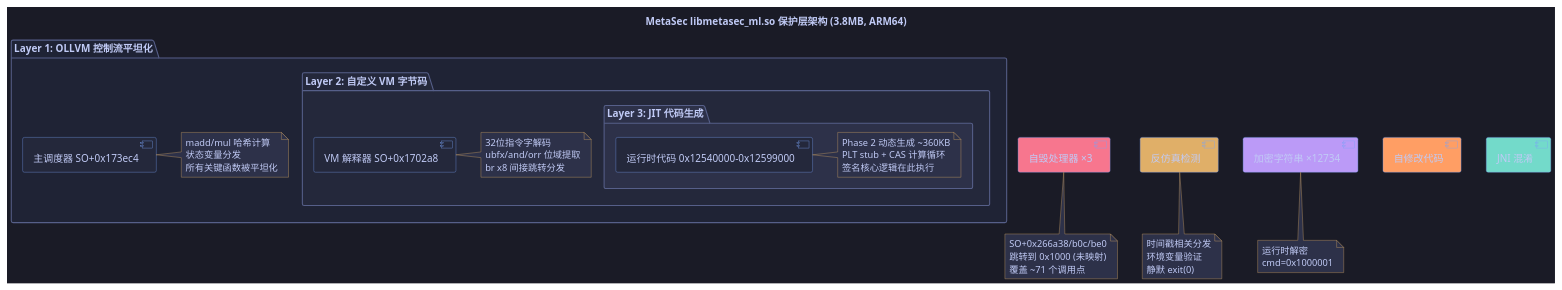
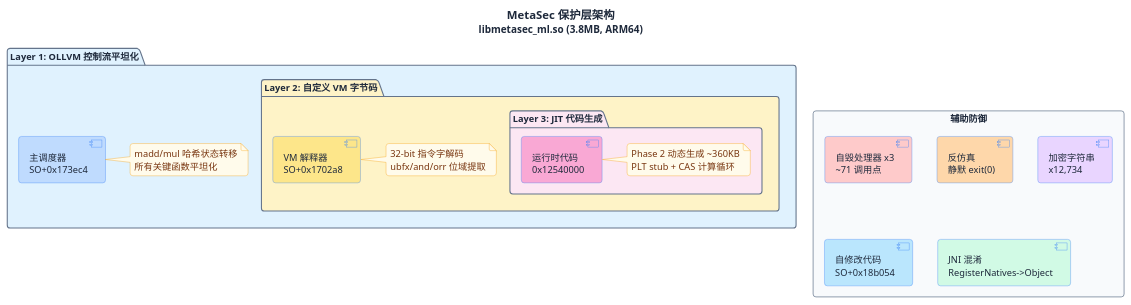
Before and after one commit to overkazaf/blogs: the diagram in static/images/sixgod/protection_layers.puml, drawn with PlantUML. The commit also changed 9 other files, not shown here.

First line of the commit message:
Redesign all PlantUML diagrams: white bg, high contrast, unified palette

```diff
--- a/static/images/sixgod/protection_layers.puml
+++ b/static/images/sixgod/protection_layers.puml
@@ -1,69 +1,53 @@
 @startuml
-skinparam backgroundColor #1a1b26
-skinparam defaultFontColor #c0caf5
-skinparam componentBackgroundColor #24283b
-skinparam componentBorderColor #7aa2f7
-skinparam packageBackgroundColor #1f2335
-skinparam packageBorderColor #565f89
-skinparam noteBorderColor #e0af68
-skinparam noteBackgroundColor #2d3149
-skinparam arrowColor #7aa2f7
 
-title MetaSec libmetasec_ml.so 保护层架构 (3.8MB, ARM64)
+skinparam backgroundColor #FFFFFF
+skinparam defaultFontName "Segoe UI,Helvetica,Arial,sans-serif"
+skinparam defaultFontSize 13
+skinparam defaultFontColor #1e293b
+skinparam shadowing false
+skinparam roundCorner 8
+skinparam componentBackgroundColor #f1f5f9
+skinparam componentBorderColor #3b82f6
+skinparam packageBackgroundColor #f8fafc
+skinparam packageBorderColor #64748b
+skinparam noteBorderColor #f59e0b
+skinparam noteBackgroundColor #fffbeb
+skinparam noteFontColor #78350f
+skinparam arrowColor #3b82f6
 
-package "Layer 1: OLLVM 控制流平坦化" #1f2335 {
-  [主调度器 SO+0x173ec4] as OLL
+
+title <font size=16><b>MetaSec 保护层架构</b></font>\nlibmetasec_ml.so (3.8MB, ARM64)
+
+package "Layer 1: OLLVM 控制流平坦化" as L1 #e0f2fe {
+  component "主调度器\nSO+0x173ec4" as OLL #bfdbfe
   note right of OLL
-    madd/mul 哈希计算
-    状态变量分发
-    所有关键函数被平坦化
+    madd/mul 哈希状态转移
+    所有关键函数平坦化
   end note
-  
-  package "Layer 2: 自定义 VM 字节码" #24283b {
-    [VM 解释器 SO+0x1702a8] as VM
+
+  package "Layer 2: 自定义 VM 字节码" as L2 #fef3c7 {
+    component "VM 解释器\nSO+0x1702a8" as VM #fde68a
     note right of VM
-      32位指令字解码
+      32-bit 指令字解码
       ubfx/and/orr 位域提取
-      br x8 间接跳转分发
     end note
-    
-    package "Layer 3: JIT 代码生成" #2d3149 {
-      [运行时代码 0x12540000-0x12599000] as JIT
+
+    package "Layer 3: JIT 代码生成" as L3 #fce7f3 {
+      component "运行时代码\n0x12540000" as JIT #f9a8d4
       note right of JIT
         Phase 2 动态生成 ~360KB
         PLT stub + CAS 计算循环
-        签名核心逻辑在此执行
       end note
     }
   }
 }
 
-component "自毁处理器 ×3" as TRAP #f7768e
-component "反仿真检测" as ANTI #e0af68
-component "加密字符串 ×12734" as STR #bb9af7
-component "自修改代码" as SMC #ff9e64
-component "JNI 混淆" as JNIOB #73daca
-
-TRAP -[hidden]right- ANTI
-ANTI -[hidden]right- STR
-STR -[hidden]right- SMC
-SMC -[hidden]right- JNIOB
-
-note bottom of TRAP
-  SO+0x266a38/b0c/be0
-  跳转到 0x1000 (未映射)
-  覆盖 ~71 个调用点
-end note
-
-note bottom of ANTI
-  时间戳相关分发
-  环境变量验证
-  静默 exit(0)
-end note
-
-note bottom of STR
-  运行时解密
-  cmd=0x1000001
-end note
+rectangle "<b>辅助防御</b>" as AUX #f8fafc {
+  component "自毁处理器 x3\n~71 调用点" as TRAP #fecaca
+  component "反仿真\n静默 exit(0)" as ANTI #fed7aa
+  component "加密字符串\nx12,734" as STR #e9d5ff
+  component "自修改代码\nSO+0x18b054" as SMC #bae6fd
+  component "JNI 混淆\nRegisterNatives->Object" as JNIOB #d1fae5
+}
 
 @enduml
```
